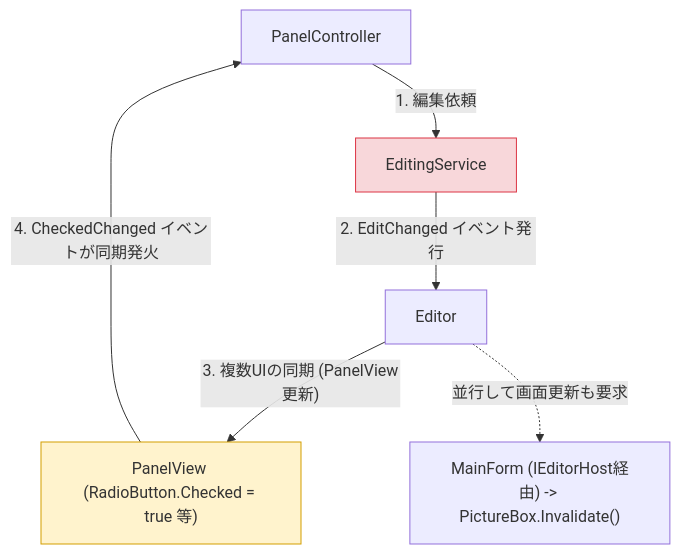
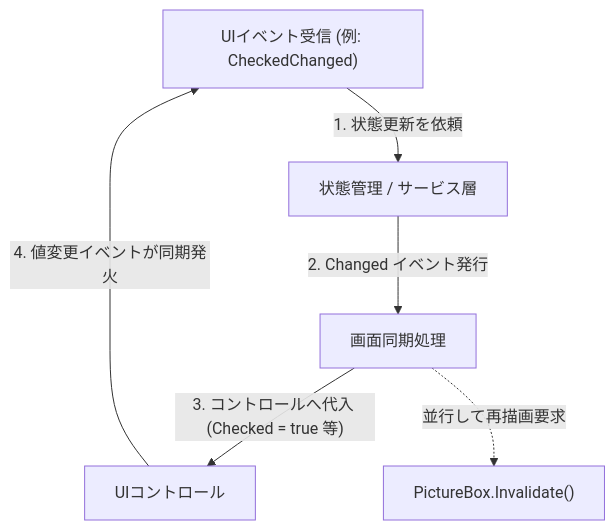
Before and after one commit to fuddt/Csharp: the second of 4 diagrams in docs/debugging/winforms-picturebox-paint-investigation.md, drawn with Mermaid. The commit also changed other lines of this file, not shown here.

````diff
--- a/docs/debugging/winforms-picturebox-paint-investigation.md
+++ b/docs/debugging/winforms-picturebox-paint-investigation.md
@@ -568,11 +511,8 @@
 ```mermaid
 flowchart TD
-    A["PanelController"] -->|"1. 編集依頼"| B["EditingService"]
-    B -->|"2. EditChanged イベント発行"| C["Editor"]
-    C -->|"3. 複数UIの同期 (PanelView更新)"| D["PanelView (RadioButton.Checked = true 等)"]
-    D -->|"4. CheckedChanged イベントが同期発火"| A
-    C -.->|"並行して画面更新も要求"| E["MainForm (IEditorHost経由) -> PictureBox.Invalidate()"]
-
-    style D fill:#fff3cd,stroke:#d39e00
-    style B fill:#f8d7da,stroke:#dc3545
+    UIEvent["UIイベント受信 (例: CheckedChanged)"] -->|"1. 状態更新を依頼"| Logic["状態管理 / サービス層"]
+    Logic -->|"2. Changed イベント発行"| Sync["画面同期処理"]
+    Sync -->|"3. コントロールへ代入 (Checked = true 等)"| Ctrl["UIコントロール"]
+    Ctrl -->|"4. 値変更イベントが同期発火"| UIEvent
+    Sync -.->|"並行して再描画要求"| PB["PictureBox.Invalidate()"]
 ```
````
